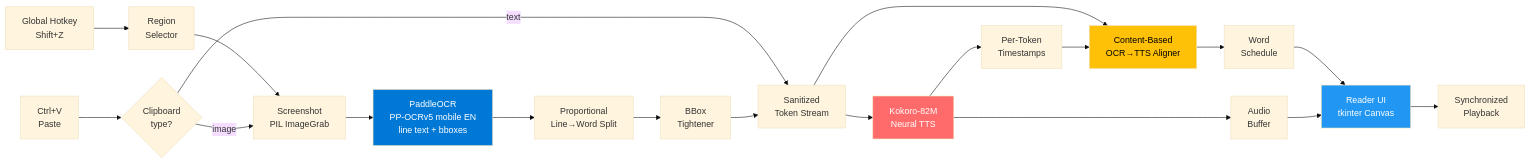
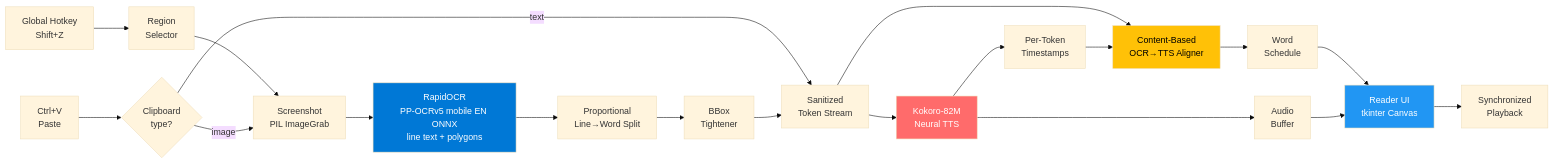
Before and after one commit to Shay-Ostrovsky/SelectAndRead: the diagram in README.md, drawn with Mermaid (base theme). The commit also changed other lines of this file and 4 other files, not shown here.

````diff
--- a/README.md
+++ b/README.md
@@ -123,26 +123,26 @@
 ```mermaid
 flowchart LR
     A1[Global Hotkey<br/>Shift+Z] --> B[Region<br/>Selector]
     A2[Ctrl+V<br/>Paste] --> P{Clipboard<br/>type?}
     B --> C[Screenshot<br/>PIL ImageGrab]
     P -- image --> C
     P -- text --> F
-    C --> D[PaddleOCR<br/>PP-OCRv5 mobile EN<br/>line text + bboxes]
+    C --> D[RapidOCR<br/>PP-OCRv5 mobile EN ONNX<br/>line text + polygons]
     D --> SP[Proportional<br/>Line→Word Split]
     SP --> E2[BBox<br/>Tightener]
     E2 --> F[Sanitized<br/>Token Stream]
     F --> G[Kokoro-82M<br/>Neural TTS]
     G --> H[Per-Token<br/>Timestamps]
     F --> I[Content-Based<br/>OCR→TTS Aligner]
     H --> I
     I --> J[Word<br/>Schedule]
     G --> K[Audio<br/>Buffer]
     J --> L[Reader UI<br/>tkinter Canvas]
     K --> L
     L --> M[Synchronized<br/>Playback]
 
     style G fill:#FF6B6B,color:#fff
     style D fill:#0078D6,color:#fff
     style I fill:#FFC107,color:#000
     style L fill:#2196F3,color:#fff
 ```
````
